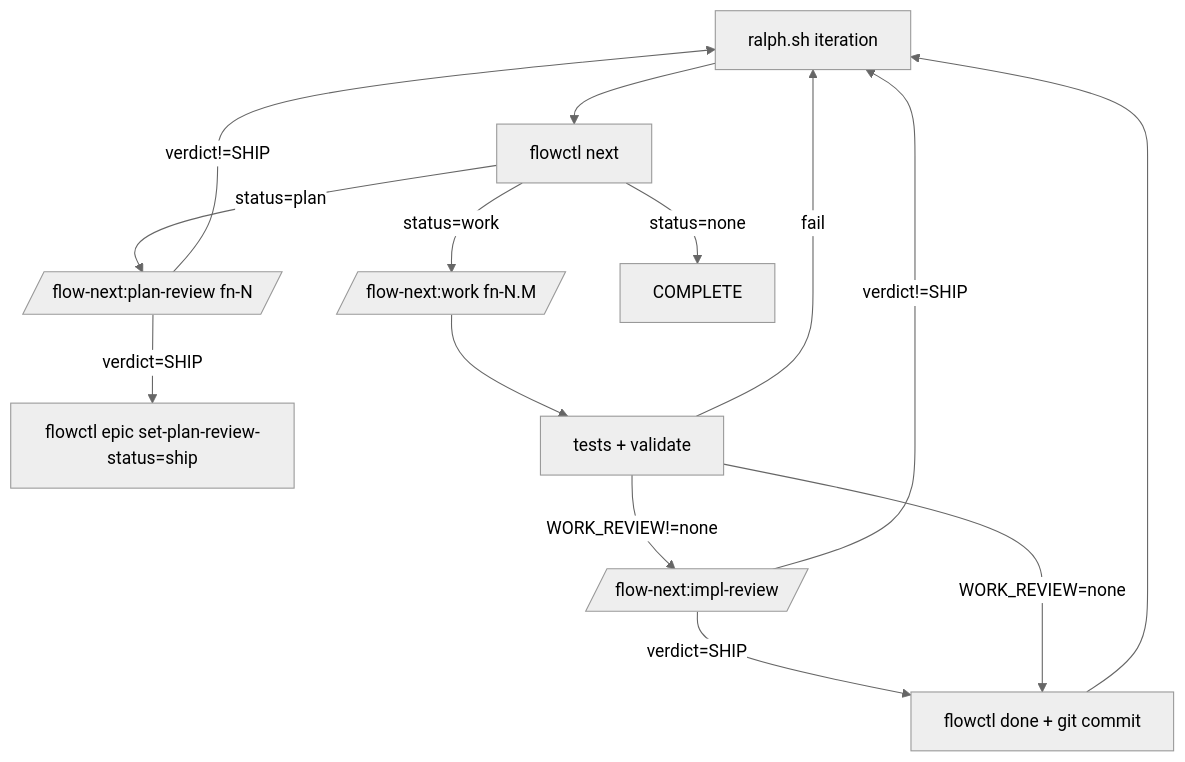
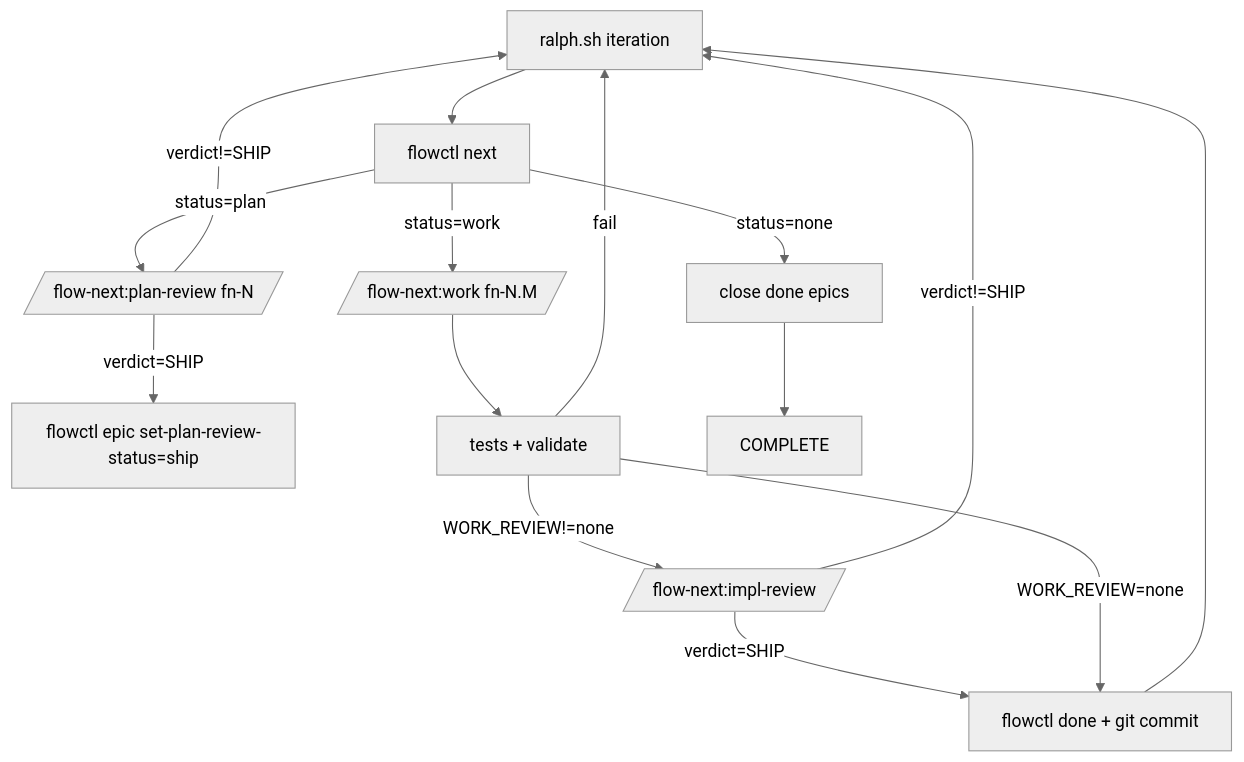
One commit to Ranudar/flow-next-mcp changed the second of 2 diagrams in plugins/flow-next/README.md. Above: the diagram before and after it, drawn with Mermaid (neutral theme). The commit also changed other lines of this file and 29 other files, not shown here.

````diff
--- a/plugins/flow-next/README.md
+++ b/plugins/flow-next/README.md
@@ -349,20 +368,21 @@
 ```mermaid
 flowchart TD
   A[ralph.sh iteration] --> B[flowctl next]
   B -->|status=plan| C[/flow-next:plan-review fn-N/]
   C -->|verdict=SHIP| D[flowctl epic set-plan-review-status=ship]
   C -->|verdict!=SHIP| A
 
   B -->|status=work| E[/flow-next:work fn-N.M/]
   E --> F[tests + validate]
   F -->|fail| A
 
   F -->|WORK_REVIEW!=none| R[/flow-next:impl-review/]
   R -->|verdict=SHIP| G[flowctl done + git commit]
   R -->|verdict!=SHIP| A
 
   F -->|WORK_REVIEW=none| G
 
   G --> A
-  B -->|status=none| H[<promise>COMPLETE</promise>]
+  B -->|status=none| H[close done epics]
+  H --> I[<promise>COMPLETE</promise>]
 ```
````
